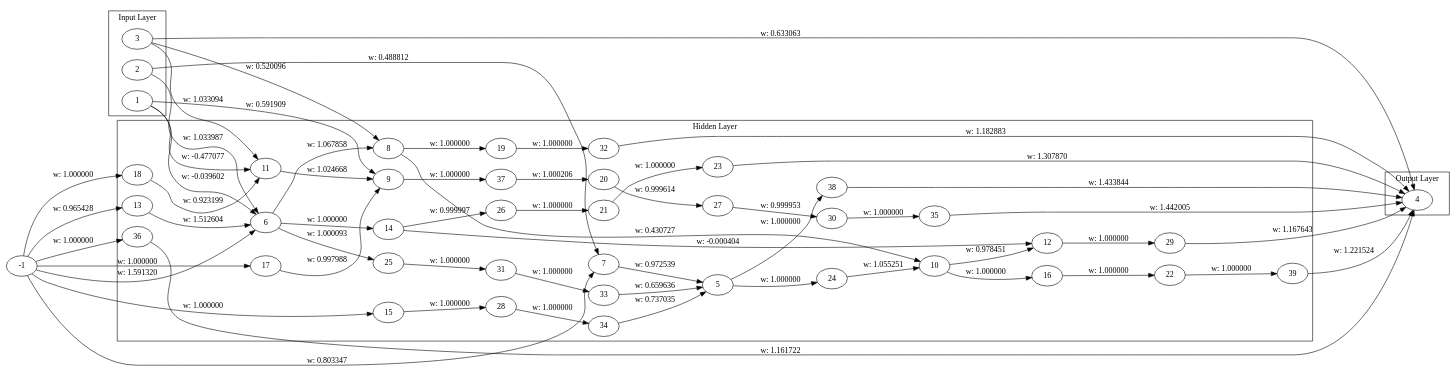
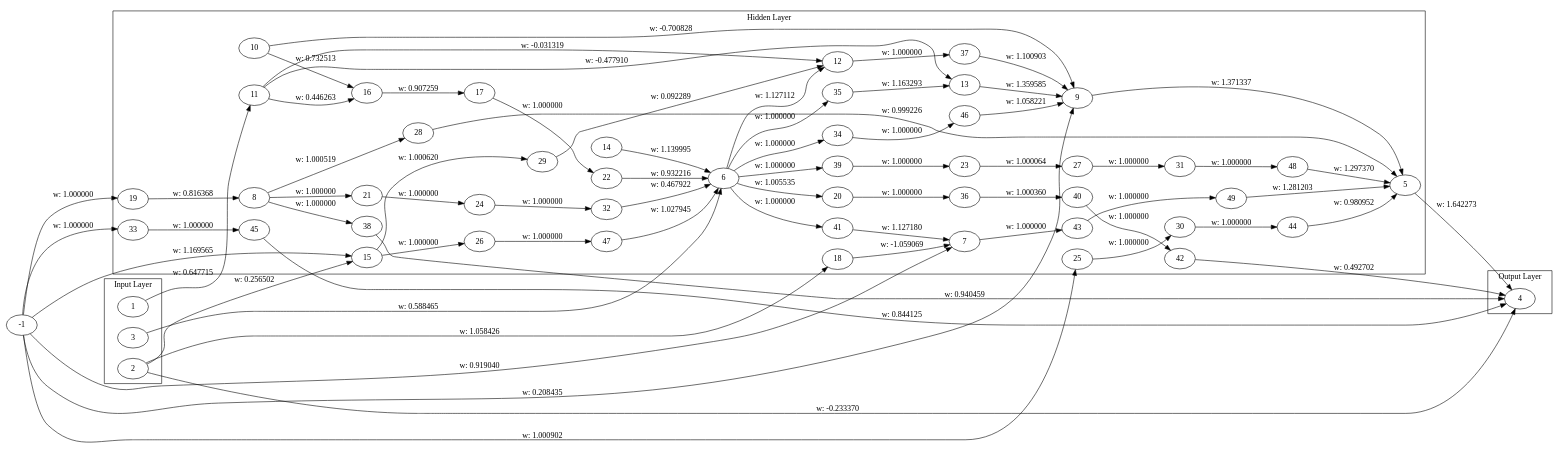
Before and after one commit to malikAkurtz/TradingSystem: the diagram in genome_graph.dot, drawn with Graphviz. The commit also changed 6 other files, not shown here.

```diff
--- a/genome_graph.dot
+++ b/genome_graph.dot
@@ -1,107 +1,128 @@
 digraph Genome {
   rankdir=LR;
   subgraph cluster_0 {
     label="Input Layer";
     1;
     2;
     3;
   }
   subgraph cluster_1 {
     label="Hidden Layer";
     5;
     6;
     7;
     8;
     9;
     10;
     11;
     12;
     13;
     14;
     15;
     16;
     17;
     18;
     19;
     20;
     21;
     22;
     23;
     24;
     25;
     26;
     27;
     28;
     29;
     30;
     31;
     32;
     33;
     34;
     35;
     36;
     37;
     38;
     39;
+    40;
+    41;
+    42;
+    43;
+    44;
+    45;
+    46;
+    47;
+    48;
+    49;
   }
   subgraph cluster_2 {
     label="Output Layer";
     4;
   }
-  3 -> 4 [label="w: 0.633063"];
-  -1 -> 6 [label="w: 1.591320"];
-  2 -> 6 [label="w: 1.033987"];
-  2 -> 7 [label="w: 0.488812"];
-  7 -> 5 [label="w: 0.972539"];
-  1 -> 6 [label="w: -0.039602"];
-  6 -> 8 [label="w: 1.067858"];
-  1 -> 9 [label="w: 0.591909"];
-  8 -> 10 [label="w: 0.430727"];
-  11 -> 9 [label="w: 1.024668"];
-  3 -> 11 [label="w: 1.033094"];
-  -1 -> 7 [label="w: 0.803347"];
-  10 -> 12 [label="w: 0.978451"];
-  -1 -> 13 [label="w: 0.965428"];
-  13 -> 6 [label="w: 1.512604"];
-  3 -> 8 [label="w: 0.520096"];
-  1 -> 11 [label="w: -0.477077"];
-  6 -> 14 [label="w: 1.000000"];
-  -1 -> 15 [label="w: 1.000000"];
-  10 -> 16 [label="w: 1.000000"];
-  14 -> 12 [label="w: -0.000404"];
-  -1 -> 17 [label="w: 1.000000"];
-  17 -> 9 [label="w: 0.997988"];
-  -1 -> 18 [label="w: 1.000000"];
-  18 -> 11 [label="w: 0.923199"];
-  8 -> 19 [label="w: 1.000000"];
-  16 -> 22 [label="w: 1.000000"];
-  21 -> 23 [label="w: 1.000000"];
-  23 -> 4 [label="w: 1.307870"];
-  5 -> 24 [label="w: 1.000000"];
-  24 -> 10 [label="w: 1.055251"];
-  6 -> 25 [label="w: 1.000093"];
-  14 -> 26 [label="w: 0.999997"];
-  26 -> 21 [label="w: 1.000000"];
-  20 -> 27 [label="w: 0.999614"];
-  15 -> 28 [label="w: 1.000000"];
-  12 -> 29 [label="w: 1.000000"];
-  29 -> 4 [label="w: 1.167643"];
-  27 -> 30 [label="w: 0.999953"];
-  25 -> 31 [label="w: 1.000000"];
-  19 -> 32 [label="w: 1.000000"];
-  32 -> 4 [label="w: 1.182883"];
-  31 -> 33 [label="w: 1.000000"];
-  33 -> 5 [label="w: 0.659636"];
-  28 -> 34 [label="w: 1.000000"];
-  34 -> 5 [label="w: 0.737035"];
-  30 -> 35 [label="w: 1.000000"];
-  35 -> 4 [label="w: 1.442005"];
-  -1 -> 36 [label="w: 1.000000"];
-  36 -> 4 [label="w: 1.161722"];
-  9 -> 37 [label="w: 1.000000"];
-  37 -> 20 [label="w: 1.000206"];
-  5 -> 38 [label="w: 1.000000"];
-  38 -> 4 [label="w: 1.433844"];
-  22 -> 39 [label="w: 1.000000"];
-  39 -> 4 [label="w: 1.221524"];
+  2 -> 4 [label="w: -0.233370"];
+  5 -> 4 [label="w: 1.642273"];
+  3 -> 6 [label="w: 0.588465"];
+  -1 -> 7 [label="w: 0.919040"];
+  9 -> 5 [label="w: 1.371337"];
+  1 -> 11 [label="w: 0.647715"];
+  -1 -> 9 [label="w: 0.208435"];
+  6 -> 12 [label="w: 1.127112"];
+  13 -> 9 [label="w: 1.359585"];
+  10 -> 9 [label="w: -0.700828"];
+  14 -> 6 [label="w: 1.139995"];
+  11 -> 13 [label="w: -0.477910"];
+  -1 -> 15 [label="w: 1.169565"];
+  11 -> 16 [label="w: 0.446263"];
+  2 -> 15 [label="w: 0.256502"];
+  16 -> 17 [label="w: 0.907259"];
+  2 -> 18 [label="w: 1.058426"];
+  18 -> 7 [label="w: -1.059069"];
+  -1 -> 19 [label="w: 1.000000"];
+  19 -> 8 [label="w: 0.816368"];
+  11 -> 12 [label="w: -0.031319"];
+  6 -> 20 [label="w: 1.005535"];
+  8 -> 21 [label="w: 1.000000"];
+  17 -> 22 [label="w: 1.000000"];
+  22 -> 6 [label="w: 0.932216"];
+  21 -> 24 [label="w: 1.000000"];
+  -1 -> 25 [label="w: 1.000902"];
+  15 -> 26 [label="w: 1.000000"];
+  23 -> 27 [label="w: 1.000064"];
+  8 -> 28 [label="w: 1.000519"];
+  28 -> 5 [label="w: 0.999226"];
+  15 -> 29 [label="w: 1.000620"];
+  29 -> 12 [label="w: 0.092289"];
+  25 -> 30 [label="w: 1.000000"];
+  27 -> 31 [label="w: 1.000000"];
+  24 -> 32 [label="w: 1.000000"];
+  32 -> 6 [label="w: 0.467922"];
+  -1 -> 33 [label="w: 1.000000"];
+  6 -> 34 [label="w: 1.000000"];
+  6 -> 35 [label="w: 1.000000"];
+  35 -> 13 [label="w: 1.163293"];
+  20 -> 36 [label="w: 1.000000"];
+  12 -> 37 [label="w: 1.000000"];
+  37 -> 9 [label="w: 1.100903"];
+  8 -> 38 [label="w: 1.000000"];
+  38 -> 4 [label="w: 0.940459"];
+  10 -> 16 [label="w: 0.732513"];
+  6 -> 39 [label="w: 1.000000"];
+  39 -> 23 [label="w: 1.000000"];
+  36 -> 40 [label="w: 1.000360"];
+  6 -> 41 [label="w: 1.000000"];
+  41 -> 7 [label="w: 1.127180"];
+  40 -> 42 [label="w: 1.000000"];
+  42 -> 4 [label="w: 0.492702"];
+  7 -> 43 [label="w: 1.000000"];
+  30 -> 44 [label="w: 1.000000"];
+  44 -> 5 [label="w: 0.980952"];
+  33 -> 45 [label="w: 1.000000"];
+  45 -> 4 [label="w: 0.844125"];
+  34 -> 46 [label="w: 1.000000"];
+  46 -> 9 [label="w: 1.058221"];
+  26 -> 47 [label="w: 1.000000"];
+  47 -> 6 [label="w: 1.027945"];
+  31 -> 48 [label="w: 1.000000"];
+  48 -> 5 [label="w: 1.297370"];
+  43 -> 49 [label="w: 1.000000"];
+  49 -> 5 [label="w: 1.281203"];
 }
```
